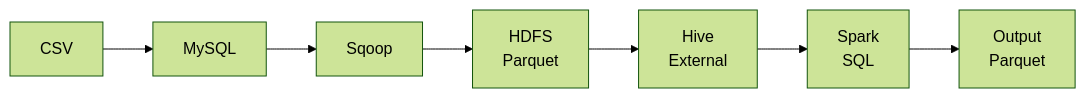
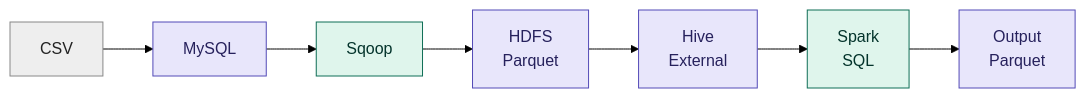
The diagram in README.md (AK9130/ecommerce-sales-spark-sql), drawn with Mermaid (forest theme) before and after one commit.

````diff
--- a/README.md
+++ b/README.md
@@ -12,4 +12,12 @@
 ```mermaid
 flowchart LR
     A[CSV] --> B[MySQL] --> C[Sqoop] --> D[HDFS<br/>Parquet] --> E[Hive<br/>External] --> F[Spark<br/>SQL] --> G[Output<br/>Parquet]
+
+    classDef source fill:#eee,stroke:#888,color:#222
+    classDef storage fill:#e8e6fb,stroke:#534ab7,color:#26215c
+    classDef process fill:#dff5ec,stroke:#0f6e56,color:#04342c
+
+    class A source
+    class B,D,E,G storage
+    class C,F process
 ```
````
